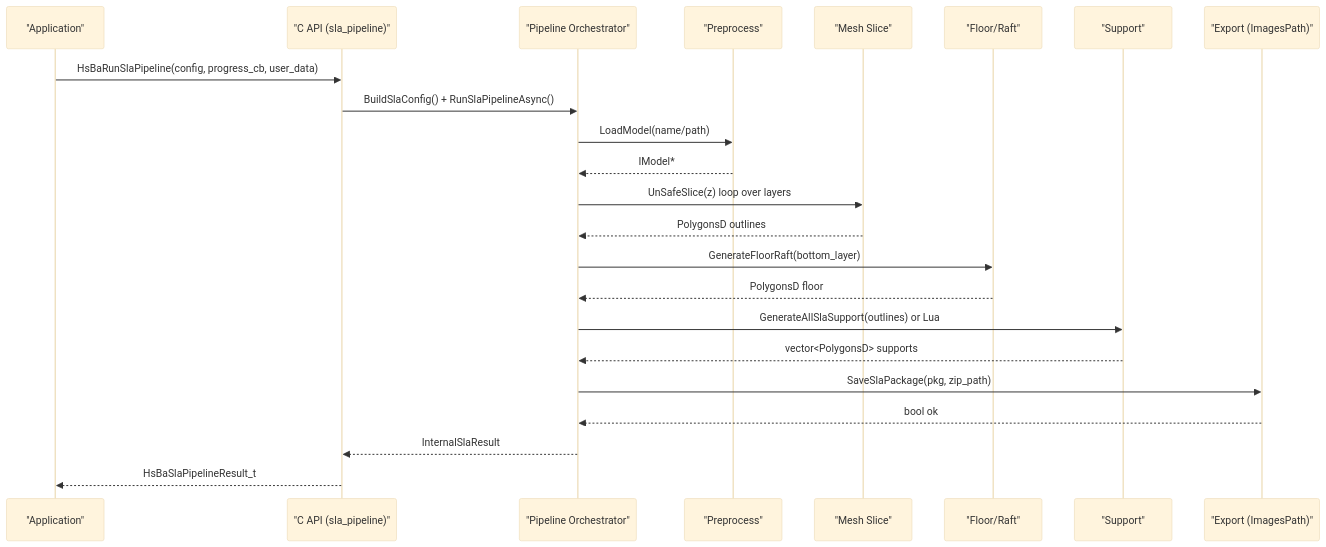
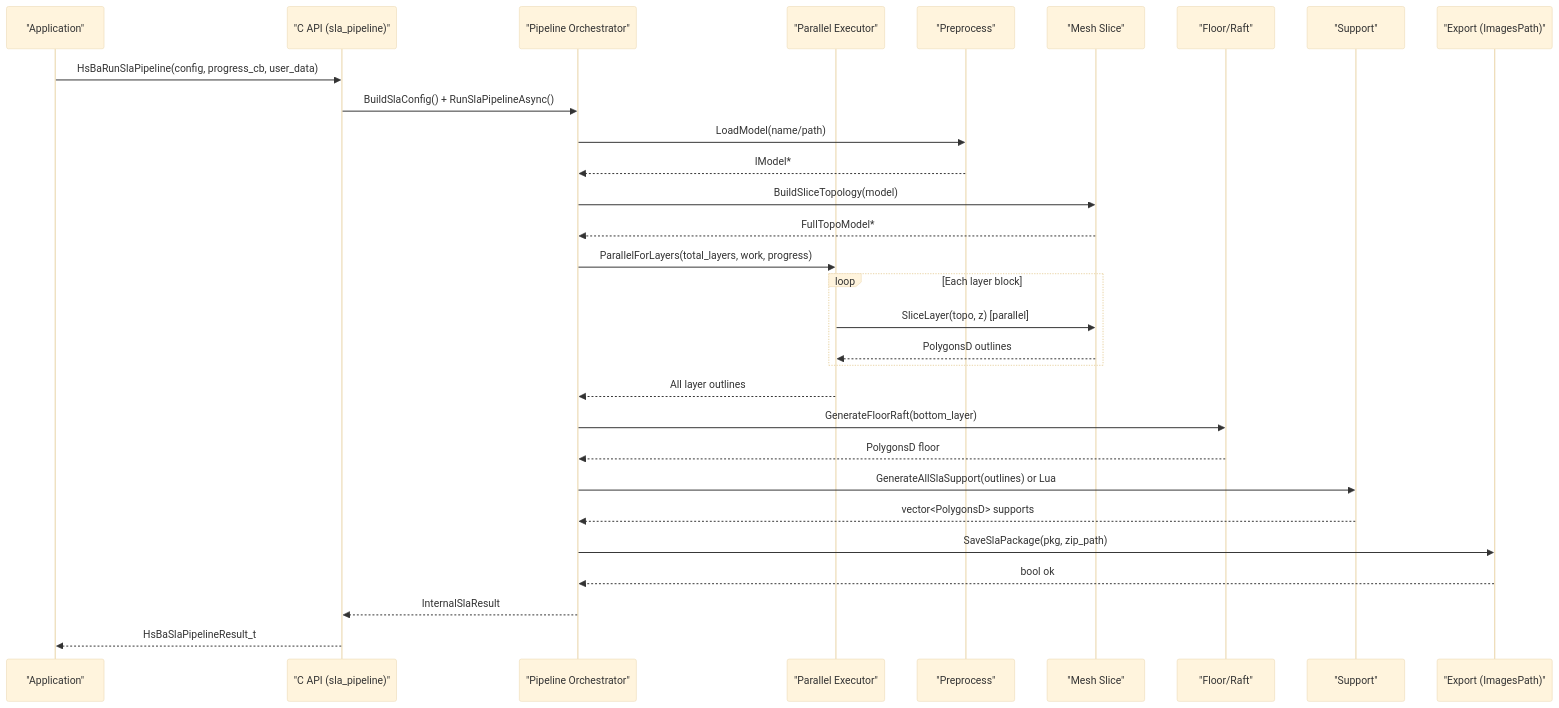
Before and after one commit to hsmbanlance/HsBaSlicer: the second of 11 diagrams in .qoder/repowiki/en/content/Core Architecture/SLA Slicing Pipeline.md, drawn with Mermaid (base theme). The commit also changed other lines of this file and 20 other files, not shown here.

````diff
--- a/.qoder/repowiki/en/content/Core Architecture/SLA Slicing Pipeline.md
+++ b/.qoder/repowiki/en/content/Core Architecture/SLA Slicing Pipeline.md
@@ -142,25 +177,32 @@
 ```mermaid
 sequenceDiagram
 participant App as "Application"
 participant API as "C API (sla_pipeline)"
 participant Pipe as "Pipeline Orchestrator"
+participant Parallel as "Parallel Executor"
 participant Prep as "Preprocess"
 participant Slice as "Mesh Slice"
 participant Floor as "Floor/Raft"
 participant Supp as "Support"
 participant Export as "Export (ImagesPath)"
 App->>API : HsBaRunSlaPipeline(config, progress_cb, user_data)
 API->>Pipe : BuildSlaConfig() + RunSlaPipelineAsync()
 Pipe->>Prep : LoadModel(name/path)
 Prep-->>Pipe : IModel*
-Pipe->>Slice : UnSafeSlice(z) loop over layers
-Slice-->>Pipe : PolygonsD outlines
+Pipe->>Slice : BuildSliceTopology(model)
+Slice-->>Pipe : FullTopoModel*
+Pipe->>Parallel : ParallelForLayers(total_layers, work, progress)
+loop Each layer block
+Parallel->>Slice : SliceLayer(topo, z) [parallel]
+Slice-->>Parallel : PolygonsD outlines
+end
+Parallel-->>Pipe : All layer outlines
 Pipe->>Floor : GenerateFloorRaft(bottom_layer)
 Floor-->>Pipe : PolygonsD floor
 Pipe->>Supp : GenerateAllSlaSupport(outlines) or Lua
 Supp-->>Pipe : vector<PolygonsD> supports
 Pipe->>Export : SaveSlaPackage(pkg, zip_path)
 Export-->>Pipe : bool ok
 Pipe-->>API : InternalSlaResult
 API-->>App : HsBaSlaPipelineResult_t
 ```
````
